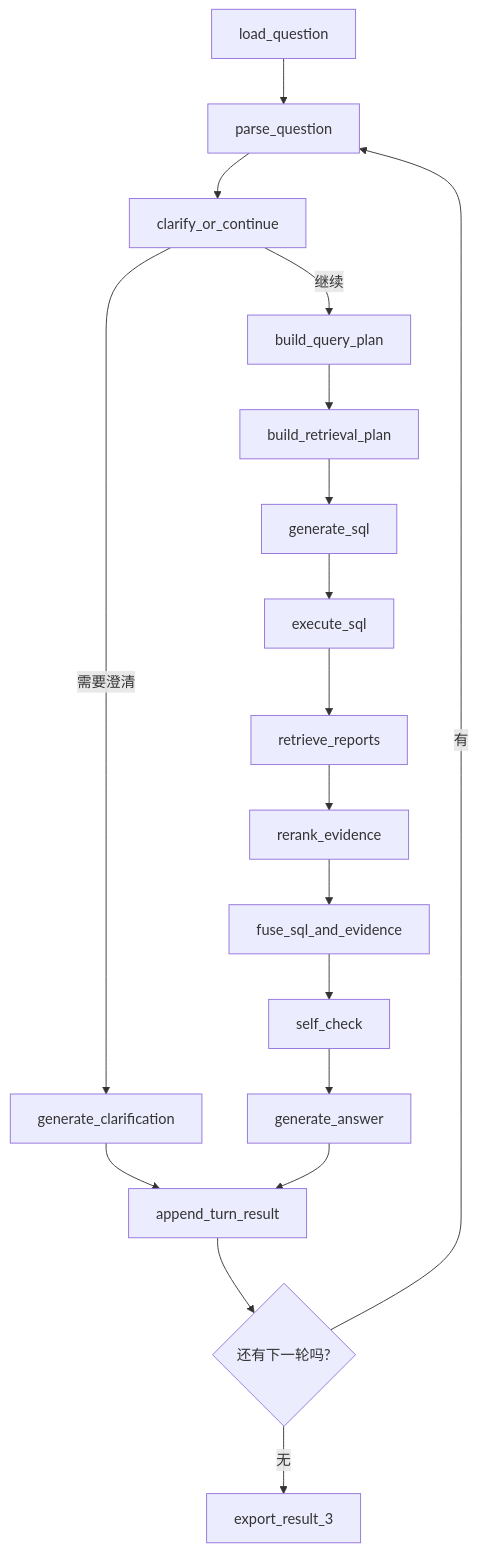
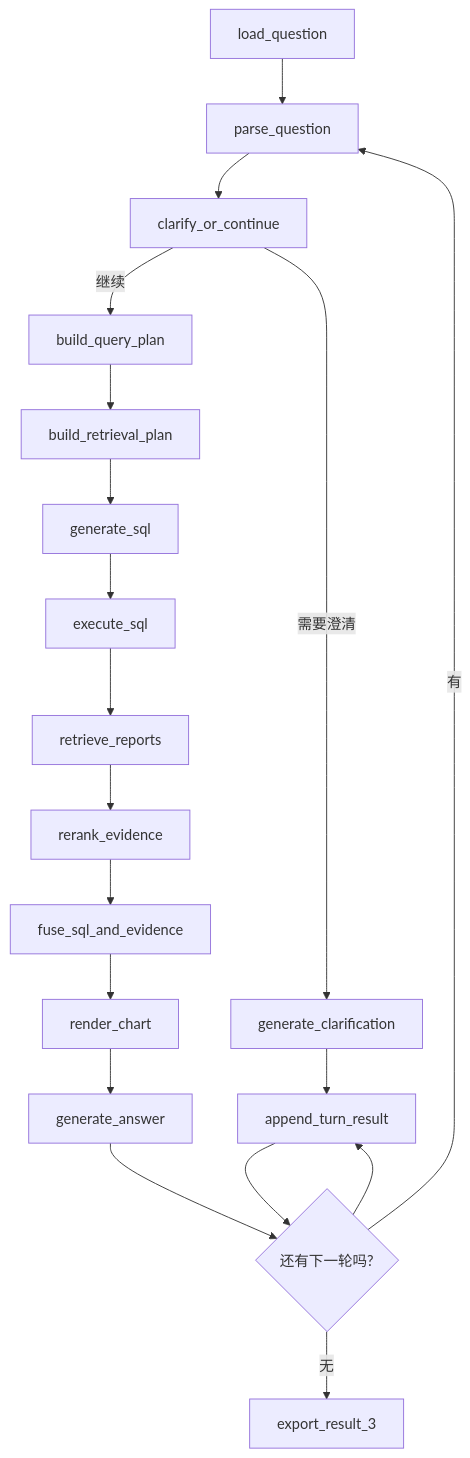
One commit to YikW-a/taidibei-b-question changed the diagram in docs/task3/任务三完成流程与技术方案.md. Above: the diagram before and after it, drawn with Mermaid. The commit also changed other lines of this file and 3 other files, not shown here.

````diff
--- a/docs/task3/任务三完成流程与技术方案.md
+++ b/docs/task3/任务三完成流程与技术方案.md
@@ -213,26 +271,27 @@
 ```mermaid
 flowchart TD
     A["load_question"] --> B["parse_question"]
     B --> C["clarify_or_continue"]
 
     C -->|需要澄清| D["generate_clarification"]
     D --> Z["append_turn_result"]
 
     C -->|继续| E["build_query_plan"]
     E --> F["build_retrieval_plan"]
 
     F --> G["generate_sql"]
     G --> H["execute_sql"]
 
     H --> I["retrieve_reports"]
     I --> J["rerank_evidence"]
 
     J --> K["fuse_sql_and_evidence"]
-    K --> L["self_check"]
+    K --> L["render_chart"]
     L --> M["generate_answer"]
+    M --> N["self_check"]
 
-    M --> Z["append_turn_result"]
+    N --> Z["append_turn_result"]
     Z --> N{"还有下一轮吗?"}
     N -->|有| B
     N -->|无| O["export_result_3"]
 ```
````
